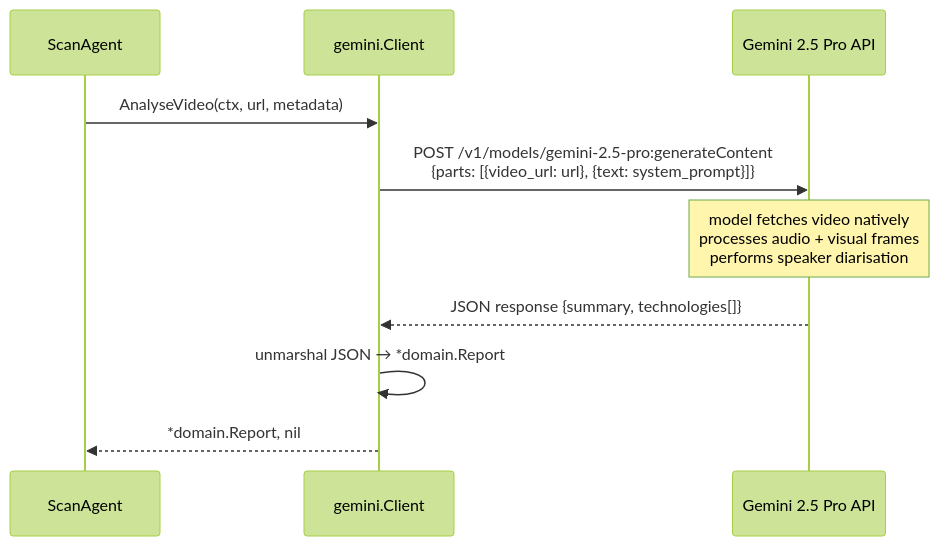
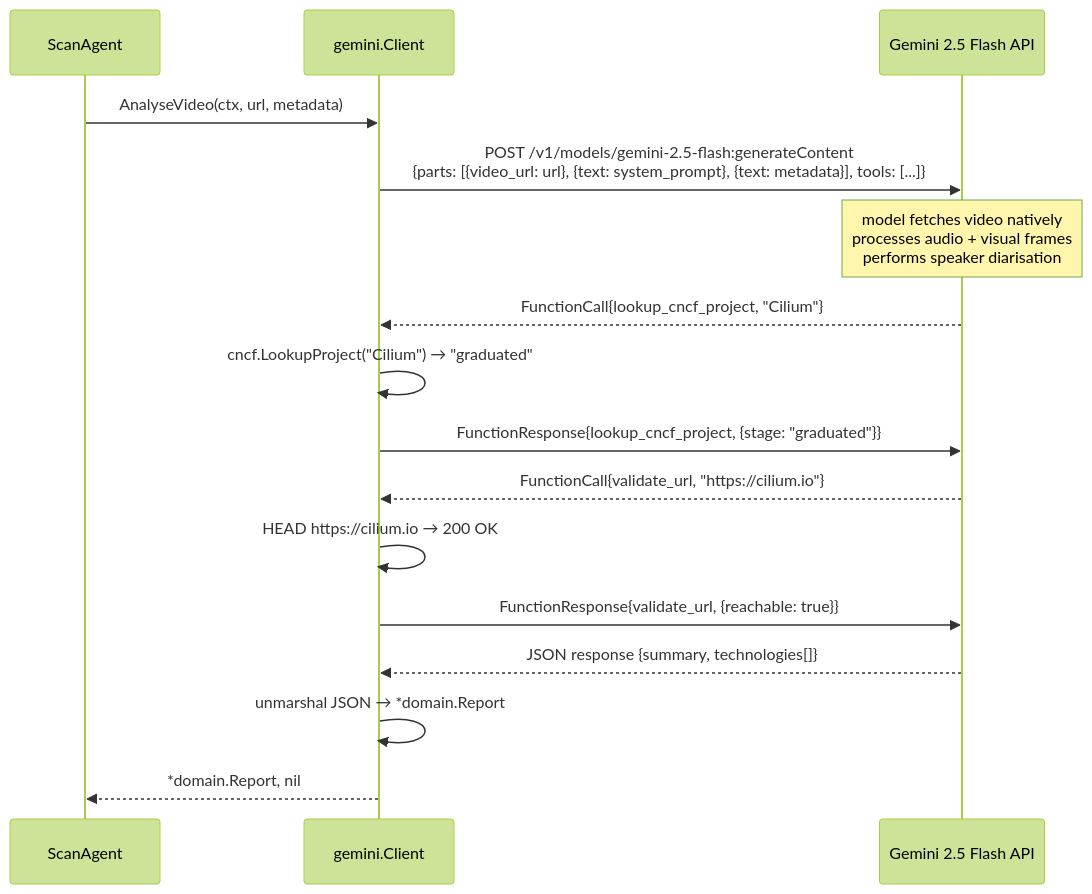
Before and after one commit to costap/vger: the fourth of 4 diagrams in docs/dataflow.md, drawn with Mermaid (forest theme). The commit also changed other lines of this file and 2 other files, not shown here.

First line of the commit message:
docs: update dataflow.md to reflect hybrid ReAct architecture

````diff
--- a/docs/dataflow.md
+++ b/docs/dataflow.md
@@ -102,13 +140,19 @@
 ```mermaid
 sequenceDiagram
     participant Agent as ScanAgent
     participant Adapter as gemini.Client
-    participant API as Gemini 2.5 Pro API
+    participant API as Gemini 2.5 Flash API
 
     Agent->>Adapter: AnalyseVideo(ctx, url, metadata)
-    Adapter->>API: POST /v1/models/gemini-2.5-pro:generateContent<br/>{parts: [{video_url: url}, {text: system_prompt}]}
+    Adapter->>API: POST /v1/models/gemini-2.5-flash:generateContent<br/>{parts: [{video_url: url}, {text: system_prompt}, {text: metadata}], tools: [...]}
     Note over API: model fetches video natively<br/>processes audio + visual frames<br/>performs speaker diarisation
+    API-->>Adapter: FunctionCall{lookup_cncf_project, "Cilium"}
+    Adapter->>Adapter: cncf.LookupProject("Cilium") → "graduated"
+    Adapter->>API: FunctionResponse{lookup_cncf_project, {stage: "graduated"}}
+    API-->>Adapter: FunctionCall{validate_url, "https://cilium.io"}
+    Adapter->>Adapter: HEAD https://cilium.io → 200 OK
+    Adapter->>API: FunctionResponse{validate_url, {reachable: true}}
     API-->>Adapter: JSON response {summary, technologies[]}
     Adapter->>Adapter: unmarshal JSON → *domain.Report
     Adapter-->>Agent: *domain.Report, nil
 ```
````
